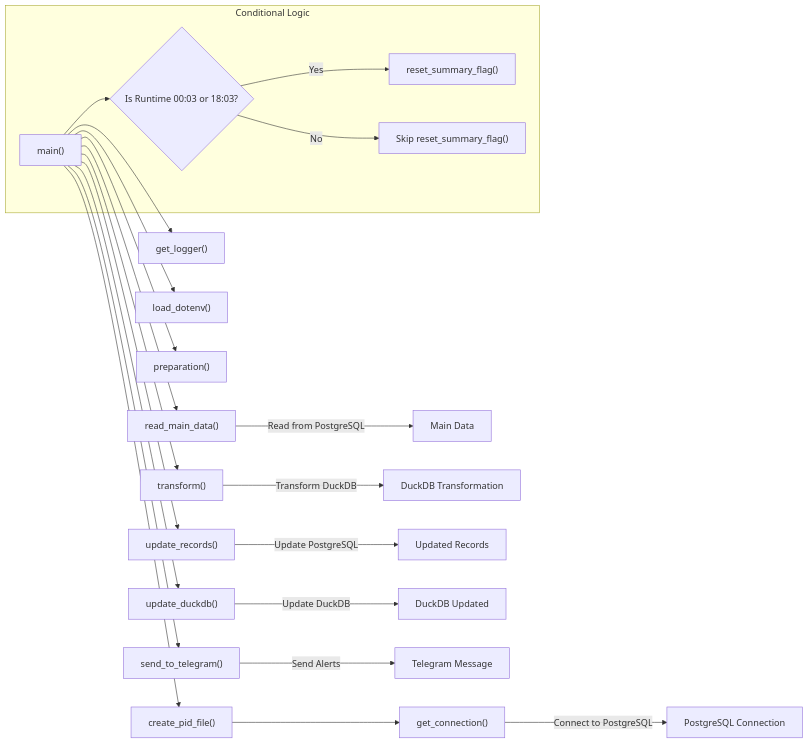
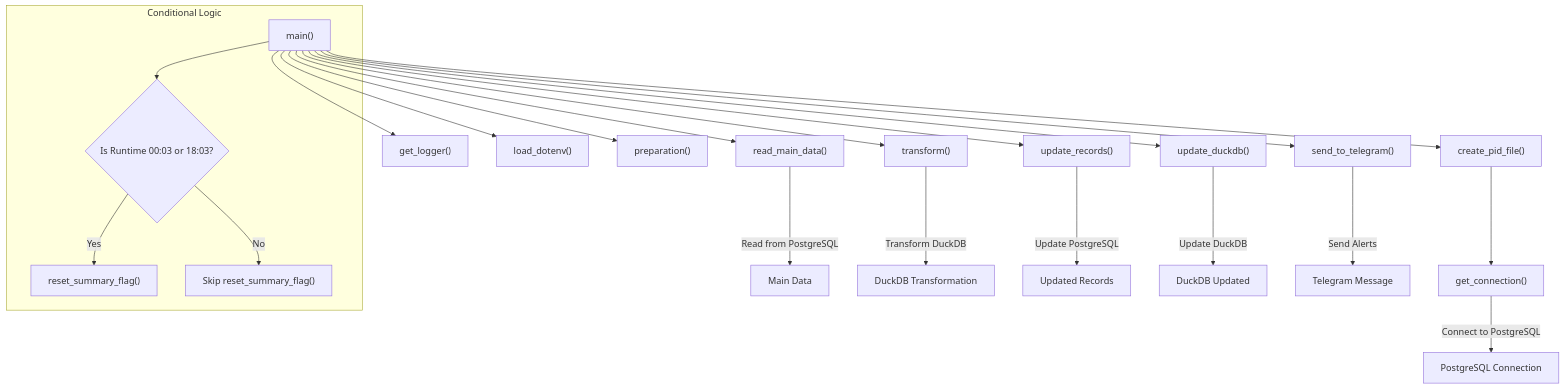
The diagram in UDR/calculation_readme.md (maulanaady/psn), drawn with Mermaid before and after one commit.

Commit message:
update readme file

````diff
--- a/UDR/calculation_readme.md
+++ b/UDR/calculation_readme.md
@@ -62,27 +62,27 @@
 ```mermaid
-graph LR;
+graph TD;
     A[main#40;#41;] --> B[get_logger#40;#41;];
     A --> C[load_dotenv#40;#41;];
     A --> D[create_pid_file#40;#41;];
     D --> E[get_connection#40;#41;];
     A --> F[read_main_data#40;#41;];
     
     subgraph Conditional Logic
         A --> G{Is Runtime 00:03 or 18:03?}
         G -- Yes --> H[reset_summary_flag#40;#41;];
         G -- No --> I[Skip reset_summary_flag#40;#41;];
     end
 
     A --> J[preparation#40;#41;];
     A --> K[transform#40;#41;];
     A --> L[update_records#40;#41;];
     A --> M[update_duckdb#40;#41;];
     A --> N[send_to_telegram#40;#41;];
 
     E --> |Connect to PostgreSQL| O[PostgreSQL Connection];
     F --> |Read from PostgreSQL| P[Main Data];
     K --> |Transform DuckDB| Q[DuckDB Transformation];
     L --> |Update PostgreSQL| R[Updated Records];
     M --> |Update DuckDB| S[DuckDB Updated];
     N --> |Send Alerts| T[Telegram Message];
 ```
````
